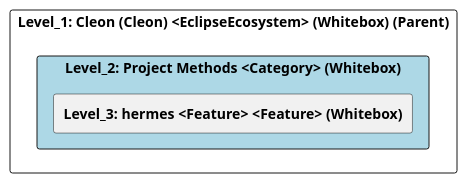
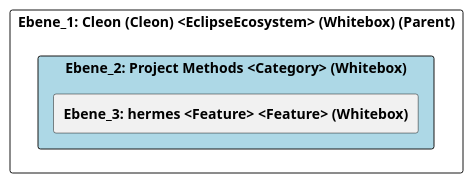
The diagram in doc/cleonproject_deliverables_architecture_model_architecture/adoc/de/05_bausteinsicht/cleon/project_methods/ebene_2_project_methods.adoc (marcozwyssig/cleon), drawn with PlantUML before and after one commit. The commit also changed other lines of this file and 150 other files, not shown here.

```diff
--- a/doc/cleonproject_deliverables_architecture_model_architecture/adoc/de/05_bausteinsicht/cleon/project_methods/ebene_2_project_methods.adoc
+++ b/doc/cleonproject_deliverables_architecture_model_architecture/adoc/de/05_bausteinsicht/cleon/project_methods/ebene_2_project_methods.adoc
@@ -21,26 +21,24 @@
-[plantuml, Level_2: Project Methods <Category> (Whitebox)BlockOverview, format="svg"]
+[plantuml, Ebene_2: Project Methods <Category> (Whitebox)BlockOverview, format="svg"]
 ----
-@startuml Level_2: Project Methods <Category> (Whitebox)BuildingBlockOverview
+@startuml Ebene_2: Project Methods <Category> (Whitebox)BuildingBlockOverview
 
 skinparam ranksep 10
 skinparam componentStyle rectangle
 skinparam shadowing false
 skinparam arrowColor lightblue
 skinparam arrowThickness 1.2
 skinparam rectangle {
   BackgroundColor White
   BorderColor #333
   RoundCorner 10
 }
 top to bottom direction
 
-component "Level_1: Cleon (Cleon) <EclipseEcosystem> (Whitebox) (Parent)" {
-    component "Level_2: Project Methods <Category> (Whitebox)" #lightblue {
-        [**Level_3: hermes <Feature> <Feature> (Whitebox)**] as 4905A652_D579_11EE_903E_9F564E4DE07E
+component "Ebene_1: Cleon (Cleon) <EclipseEcosystem> (Whitebox) (Parent)" {
+    component "Ebene_2: Project Methods <Category> (Whitebox)" #lightblue {
+        [**Ebene_3: hermes <Feature> <Feature> (Whitebox)**] as 4905A652_D579_11EE_903E_9F564E4DE07E
     }
-
-    
 }
 
 @enduml
 ----
```
